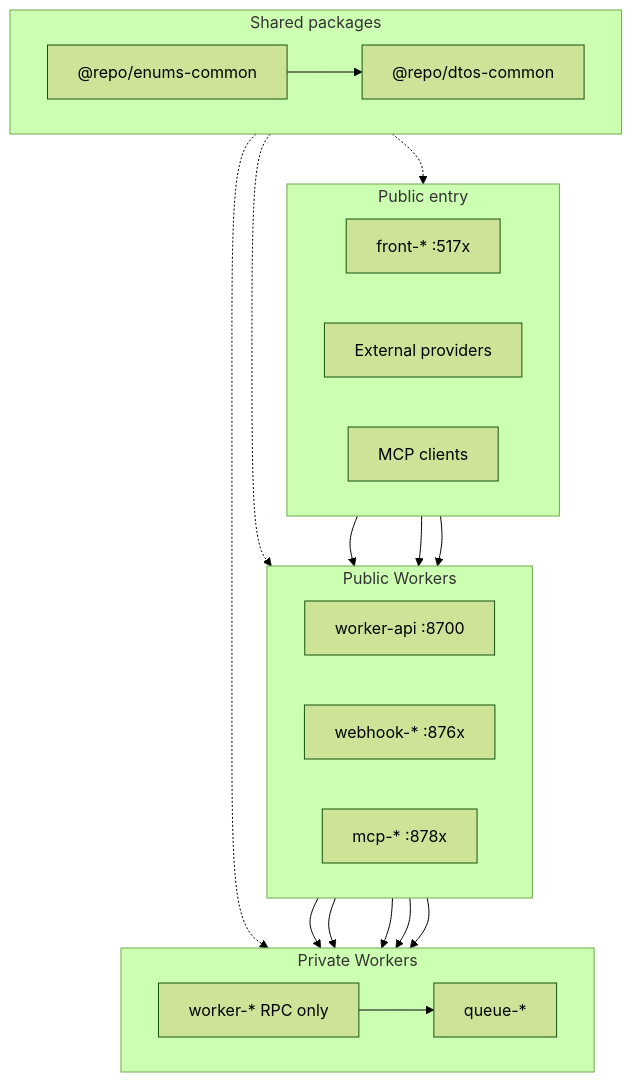
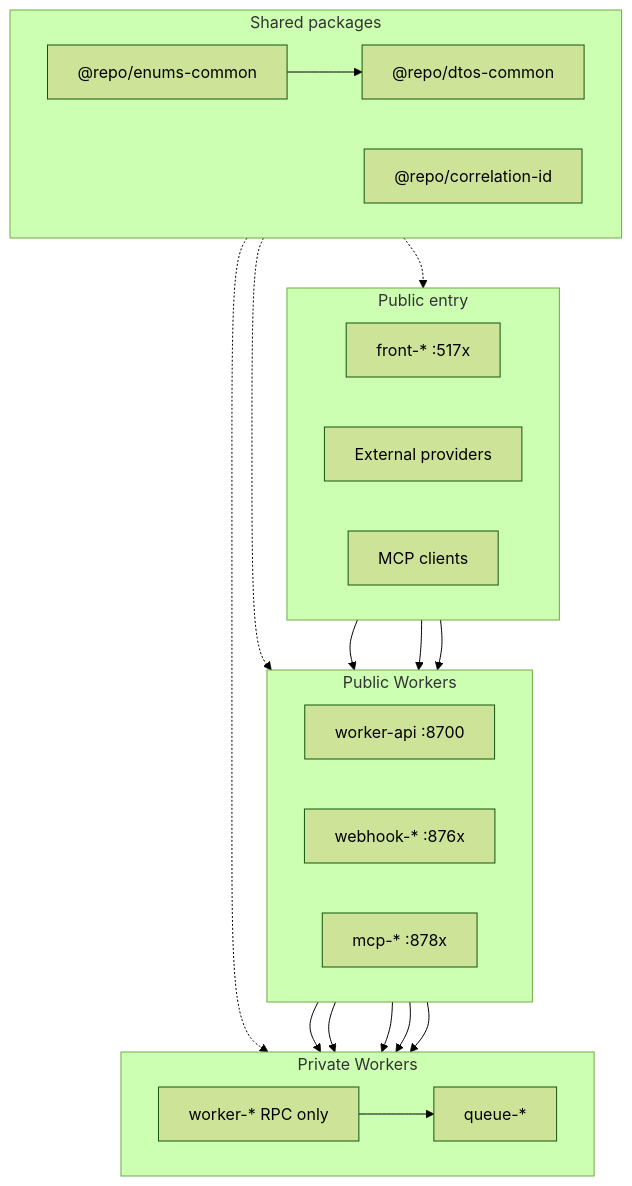
The diagram in AGENTS.md (louisbrulenaudet/monorepo-template), drawn with Mermaid (forest theme) before and after one commit. The commit also changed other lines of this file and 30 other files, not shown here.

````diff
--- a/AGENTS.md
+++ b/AGENTS.md
@@ -20,45 +20,46 @@
 ```mermaid
 flowchart TB
   subgraph entry [Public entry]
     direction LR
     Front["front-* :517x"]
     Ext["External providers"]
     McpClients["MCP clients"]
   end
 
   subgraph publicWorkers [Public Workers]
     direction LR
     Gateway["worker-api :8700"]
     Webhook["webhook-* :876x"]
     Mcp["mcp-* :878x"]
   end
 
   subgraph privateWorkers [Private Workers]
     direction LR
     Biz["worker-* RPC only"]
     Queue["queue-*"]
   end
 
   subgraph shared [Shared packages]
     direction LR
     Enums["@repo/enums-common"]
     DTOs["@repo/dtos-common"]
+    Corr["@repo/correlation-id"]
     Enums --> DTOs
   end
 
   Front --> Gateway
   Ext --> Webhook
   McpClients --> Mcp
 
   Gateway --> Biz
   Webhook --> Biz
   Mcp --> Biz
 
   Gateway --> Queue
   Webhook --> Queue
   Biz --> Queue
 
   shared -.-> Front
   shared -.-> publicWorkers
   shared -.-> privateWorkers
 ```
````
